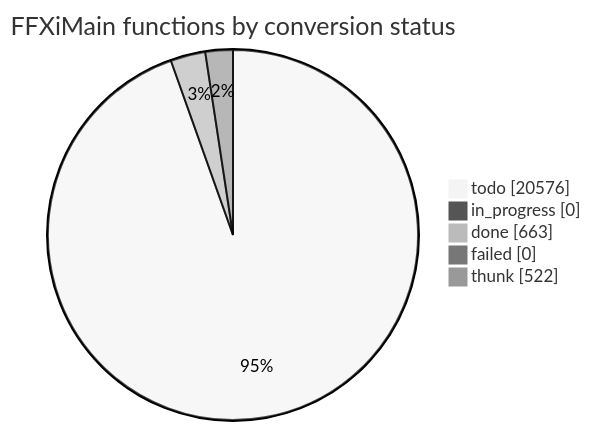
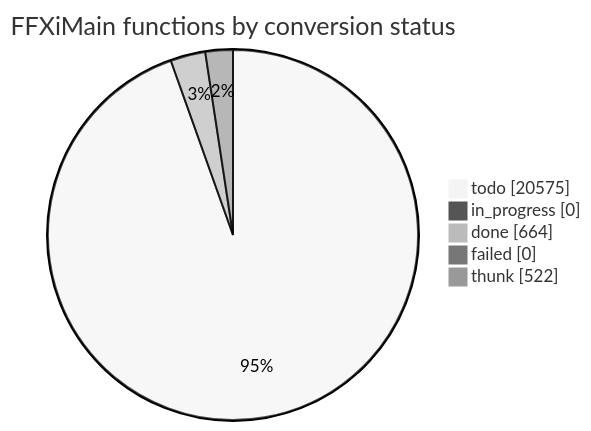
Before and after one commit to cowrevenge/cow_kuluu_xi_anything: the diagram in docs/cow/STATUS.md, drawn with Mermaid (neutral theme). The commit also changed other lines of this file and 9 other files, not shown here.

````diff
--- a/docs/cow/STATUS.md
+++ b/docs/cow/STATUS.md
@@ -18,9 +18,9 @@
 ```mermaid
 pie showData
     title FFXiMain functions by conversion status
-    "todo" : 20576
+    "todo" : 20575
     "in_progress" : 0
-    "done" : 663
+    "done" : 664
     "failed" : 0
     "thunk" : 522
 ```
````
